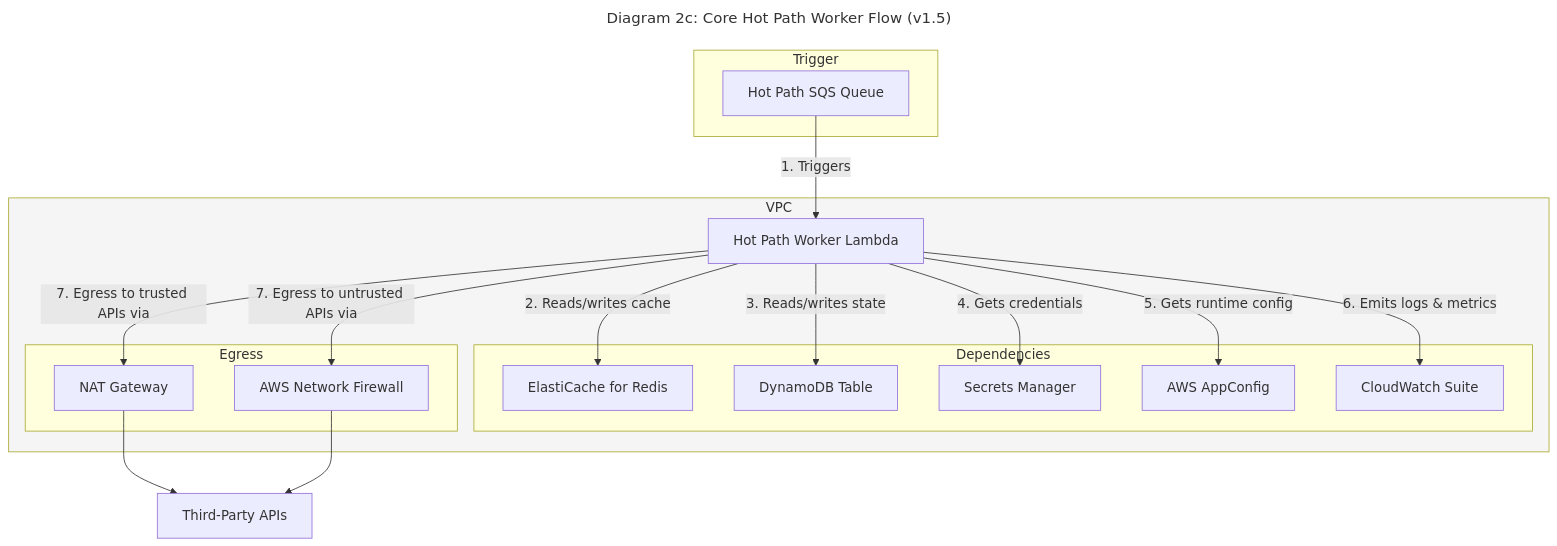
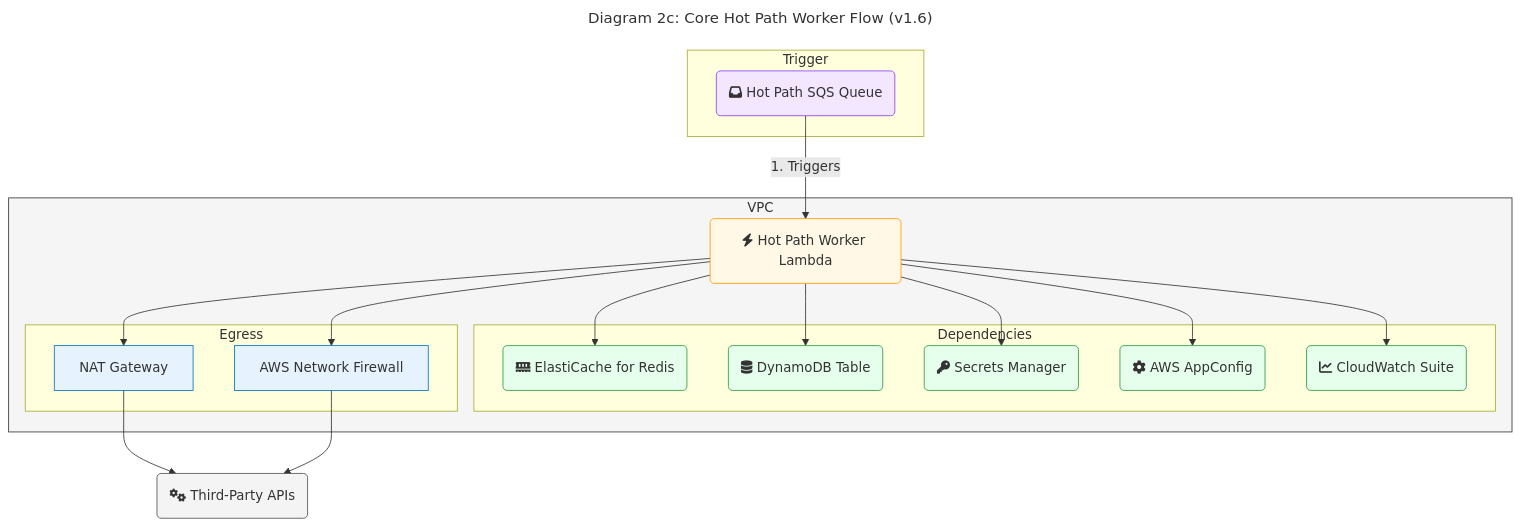
Before and after one commit to dino10bit/healthsync: the eighth of 15 diagrams in docs/architecture/06-technical-architecture.md, drawn with Mermaid. The commit also changed other lines of this file, not shown here.

First line of the commit message:
Enhance diagrams with professional styling and icons

````diff
--- a/docs/architecture/06-technical-architecture.md
+++ b/docs/architecture/06-technical-architecture.md
@@ -1164,40 +1211,53 @@
 ```mermaid
 ---
-title: "Diagram 2c: Core Hot Path Worker Flow (v1.5)"
+title: "Diagram 2c: Core Hot Path Worker Flow (v1.6)"
 ---
 graph TB
+    %% Define Styles
+    classDef compute fill:#fff8e6,stroke:#ff9900;
+    classDef messaging fill:#f3e6ff,stroke:#8a3ffc;
+    classDef datastore fill:#e6ffed,stroke:#2d9a41;
+    classDef external fill:#f4f4f4,stroke:#525252;
+    classDef ingress fill:#e6f3ff,stroke:#0073bb;
+
     subgraph "Trigger"
-        HotPathSyncQueue[Hot Path SQS Queue]
+        HotPathSyncQueue("`fa:fa-inbox Hot Path SQS Queue`")
     end
 
     subgraph "VPC"
-        style VPC fill:#f5f5f5
-        WorkerLambda["Hot Path Worker Lambda"]
+        style VPC fill:#f5f5f5,stroke:#333
+        WorkerLambda("`fa:fa-bolt Hot Path Worker Lambda`")
+
         subgraph "Dependencies"
-            ElastiCache[ElastiCache for Redis]
-            DynamoDB[DynamoDB Table]
-            SecretsManager[Secrets Manager]
-            AppConfig[AWS AppConfig]
-            Observability[CloudWatch Suite]
+            ElastiCache("`fa:fa-memory ElastiCache for Redis`")
+            DynamoDB("`fa:fa-database DynamoDB Table`")
+            SecretsManager("`fa:fa-key Secrets Manager`")
+            AppConfig("`fa:fa-cog AWS AppConfig`")
+            Observability("`fa:fa-chart-line CloudWatch Suite`")
         end
+
         subgraph "Egress"
             NatGateway[NAT Gateway]
             NetworkFirewall[AWS Network Firewall]
         end
     end
 
-    ThirdPartyAPIs["Third-Party APIs"]
+    ThirdPartyAPIs("`fa:fa-cogs Third-Party APIs`")
 
     %% Connections
     HotPathSyncQueue -- "1. Triggers" --> WorkerLambda
-    WorkerLambda -- "2. Reads/writes cache" --> ElastiCache
-    WorkerLambda -- "3. Reads/writes state" --> DynamoDB
-    WorkerLambda -- "4. Gets credentials" --> SecretsManager
-    WorkerLambda -- "5. Gets runtime config" --> AppConfig
-    WorkerLambda -- "6. Emits logs & metrics" --> Observability
+    WorkerLambda --> ElastiCache
+    WorkerLambda --> DynamoDB
+    WorkerLambda --> SecretsManager
+    WorkerLambda --> AppConfig
+    WorkerLambda --> Observability
+    WorkerLambda --> NatGateway & NetworkFirewall
+    NatGateway & NetworkFirewall --> ThirdPartyAPIs
 
-    WorkerLambda -- "7. Egress to trusted APIs via" --> NatGateway
-    WorkerLambda -- "7. Egress to untrusted APIs via" --> NetworkFirewall
-    NatGateway --> ThirdPartyAPIs
-    NetworkFirewall --> ThirdPartyAPIs
+    %% Apply Styles
+    class HotPathSyncQueue messaging;
+    class WorkerLambda compute;
+    class ElastiCache,DynamoDB,SecretsManager,AppConfig,Observability datastore;
+    class ThirdPartyAPIs external;
+    class NatGateway,NetworkFirewall ingress;
 ```
````
